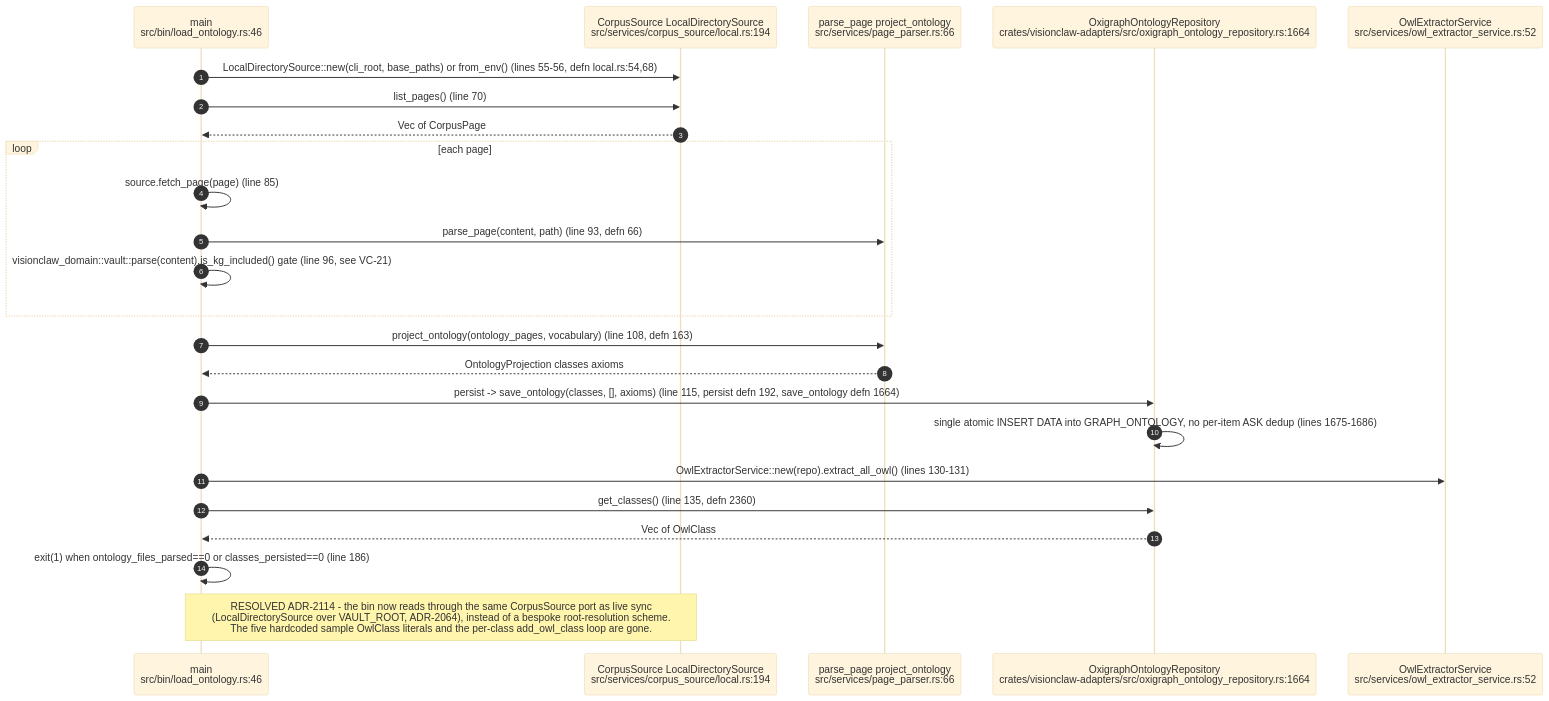
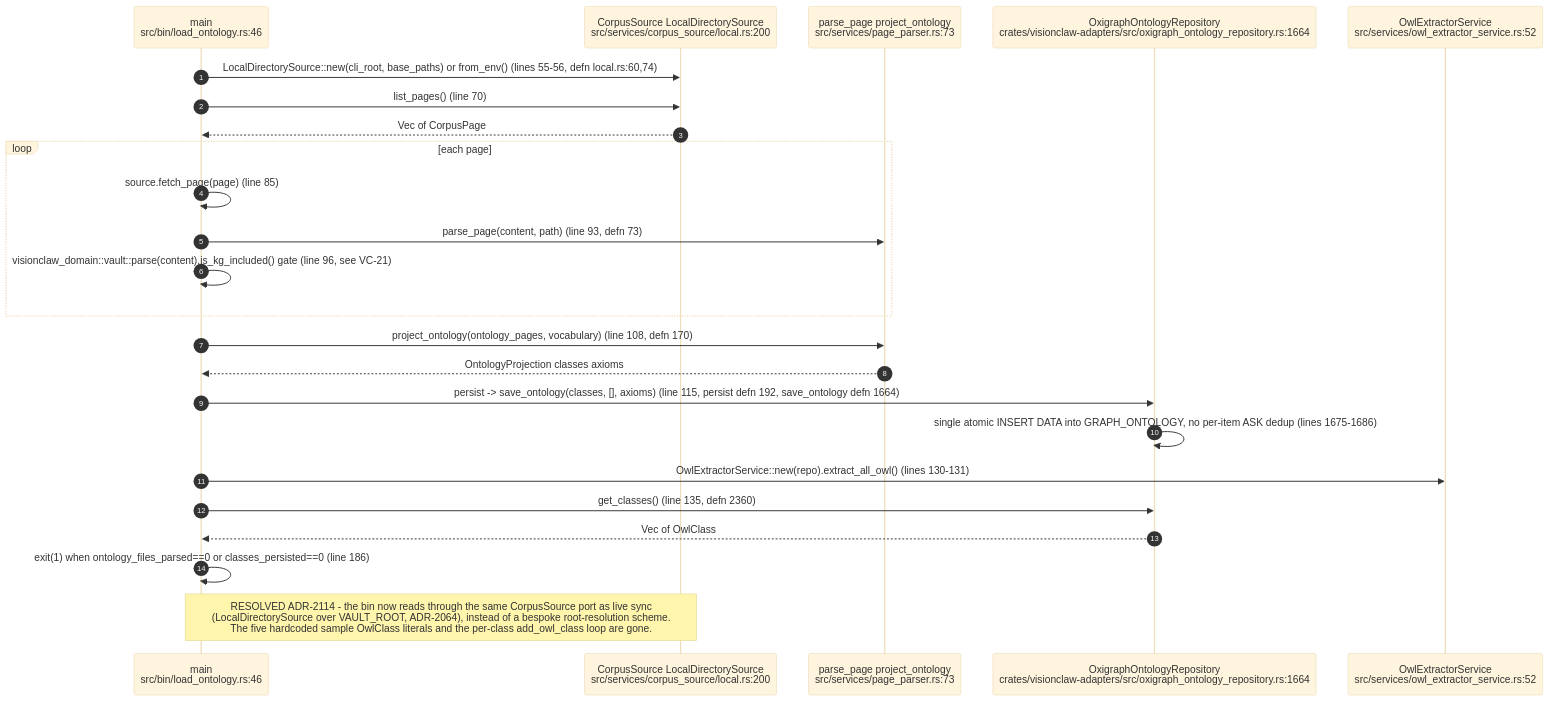
One commit to DreamLab-AI/VisionFlow changed the first of 11 diagrams in docs/diagrams/visionclaw/20-ontology-pipeline-oxigraph-whelk.md. Above: the diagram before and after it, drawn with Mermaid (base theme). The commit also changed other lines of this file and 160 other files, not shown here.

````diff
--- a/docs/diagrams/visionclaw/20-ontology-pipeline-oxigraph-whelk.md
+++ b/docs/diagrams/visionclaw/20-ontology-pipeline-oxigraph-whelk.md
@@ -55,27 +55,27 @@
 ```mermaid
 sequenceDiagram
     autonumber
     participant Bin as main<br/>src/bin/load_ontology.rs:46
-    participant Src as CorpusSource LocalDirectorySource<br/>src/services/corpus_source/local.rs:194
-    participant Parser as parse_page project_ontology<br/>src/services/page_parser.rs:66
+    participant Src as CorpusSource LocalDirectorySource<br/>src/services/corpus_source/local.rs:200
+    participant Parser as parse_page project_ontology<br/>src/services/page_parser.rs:73
     participant Repo as OxigraphOntologyRepository<br/>crates/visionclaw-adapters/src/oxigraph_ontology_repository.rs:1664
     participant Extr as OwlExtractorService<br/>src/services/owl_extractor_service.rs:52
 
-    Bin->>Src: LocalDirectorySource::new(cli_root, base_paths) or from_env() (lines 55-56, defn local.rs:54,68)
+    Bin->>Src: LocalDirectorySource::new(cli_root, base_paths) or from_env() (lines 55-56, defn local.rs:60,74)
     Bin->>Src: list_pages() (line 70)
     Src-->>Bin: Vec of CorpusPage
     loop each page
         Bin->>Bin: source.fetch_page(page) (line 85)
-        Bin->>Parser: parse_page(content, path) (line 93, defn 66)
+        Bin->>Parser: parse_page(content, path) (line 93, defn 73)
         Bin->>Bin: visionclaw_domain::vault::parse(content).is_kg_included() gate (line 96, see VC-21)
     end
-    Bin->>Parser: project_ontology(ontology_pages, vocabulary) (line 108, defn 163)
+    Bin->>Parser: project_ontology(ontology_pages, vocabulary) (line 108, defn 170)
     Parser-->>Bin: OntologyProjection classes axioms
     Bin->>Repo: persist -> save_ontology(classes, [], axioms) (line 115, persist defn 192, save_ontology defn 1664)
     Repo->>Repo: single atomic INSERT DATA into GRAPH_ONTOLOGY, no per-item ASK dedup (lines 1675-1686)
     Bin->>Extr: OwlExtractorService::new(repo).extract_all_owl() (lines 130-131)
     Bin->>Repo: get_classes() (line 135, defn 2360)
     Repo-->>Bin: Vec of OwlClass
     Bin->>Bin: exit(1) when ontology_files_parsed==0 or classes_persisted==0 (line 186)
     Note over Bin,Src: RESOLVED ADR-2114 - the bin now reads through the same CorpusSource port as live sync<br/>(LocalDirectorySource over VAULT_ROOT, ADR-2064), instead of a bespoke root-resolution scheme.<br/>The five hardcoded sample OwlClass literals and the per-class add_owl_class loop are gone.
 ```
````
